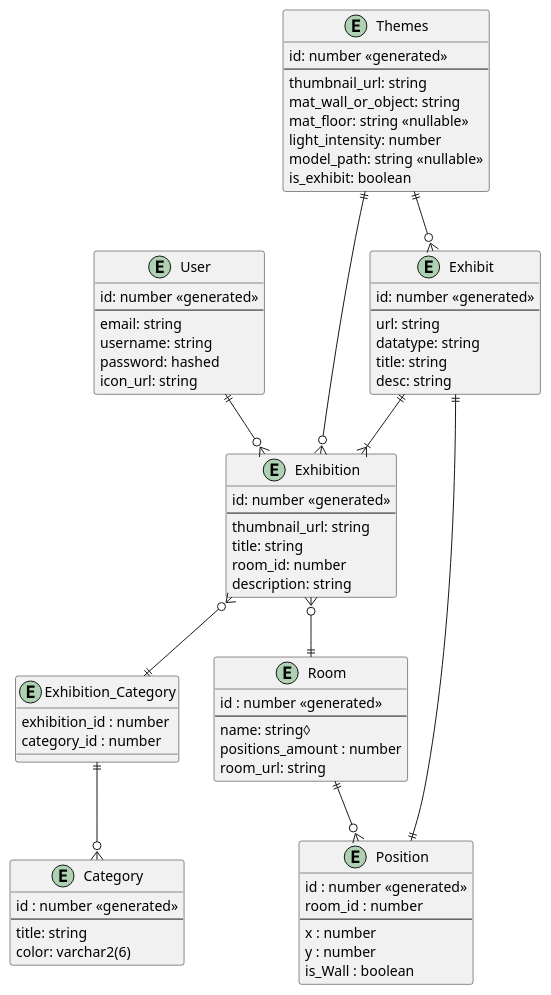
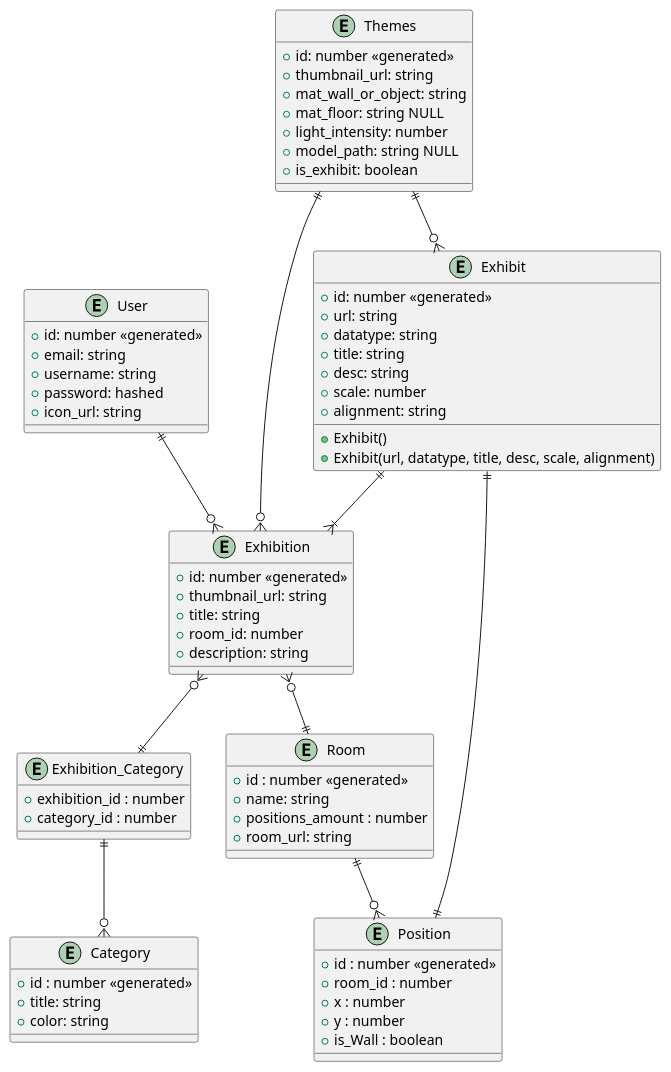
The diagram in ERD/erd.wsd (L0R3N7/3D-Portfolio-Gallery), drawn with PlantUML before and after one commit. The commit also changed 2 other files, not shown here.

Commit message:
neuester stand erd und erste versuche bilder auf cloud zu fixen

```diff
--- a/ERD/erd.wsd
+++ b/ERD/erd.wsd
@@ -1,77 +1,74 @@
-@startuml DA-Klassendiagramm
+@startuml DA-Diagramm
 entity User {
-    id: number <<generated>>
-    --
-    email: string
-    username: string
-    password: hashed
-    icon_url: string
+    +id: number <<generated>>
+    +email: string
+    +username: string
+    +password: hashed
+    +icon_url: string
 }
 
 entity Exhibition {
-    id: number <<generated>>
-    --
-    thumbnail_url: string
-    title: string
-    room_id: number
-    description: string
+    +id: number <<generated>>
+    +thumbnail_url: string
+    +title: string
+    +room_id: number
+    +description: string
 }
 entity Themes {
-    id: number <<generated>>
-    --
-    thumbnail_url: string
-    mat_wall_or_object: string
-    mat_floor: string <<nullable>>
-    light_intensity: number
-    model_path: string <<nullable>>
-    is_exhibit: boolean
+    +id: number <<generated>>
+    +thumbnail_url: string
+    +mat_wall_or_object: string
+    +mat_floor: string NULL
+    +light_intensity: number
+    +model_path: string NULL
+    +is_exhibit: boolean
 }
 
 entity Room {
-    id : number <<generated>>
-    --
-    name: string◊
-    positions_amount : number
-    room_url: string
+    +id : number <<generated>>
+    +name: string
+    +positions_amount : number
+    +room_url: string
 }
 
 entity Position{
-    id : number <<generated>>
-    room_id : number
-    ---
-    x : number
-    y : number
-    is_Wall : boolean
+    +id : number <<generated>>
+    +room_id : number
+    +x : number
+    +y : number
+    +is_Wall : boolean
 }
 
 entity Exhibition_Category {
-    exhibition_id : number
-    category_id : number
+    +exhibition_id : number
+    +category_id : number
 }
 
 entity Category{
-   id : number <<generated>>
-   --
-   title: string
-   color: varchar2(6)
+   +id : number <<generated>>
+   +title: string
+   +color: string
 }
 
 entity Exhibit {
-    id: number <<generated>> 
-    --
-    url: string
-    datatype: string
-    title: string
-    desc: string
+    +id: number <<generated>> 
+    +url: string
+    +datatype: string
+    +title: string
+    +desc: string
+    +scale: number
+    +alignment: string
+    +Exhibit()
+    +Exhibit(url, datatype, title, desc, scale, alignment)
 }
 
 User ||--o{ Exhibition
 Exhibit ||--|{Exhibition
 Exhibit ||--|| Position
 Exhibition }o--|| Exhibition_Category
 Exhibition_Category ||--o{ Category
 Room ||--o{ Position
 Exhibition }o--|| Room
 Themes ||--o{ Exhibition
 Themes ||--o{ Exhibit
 @enduml
```
